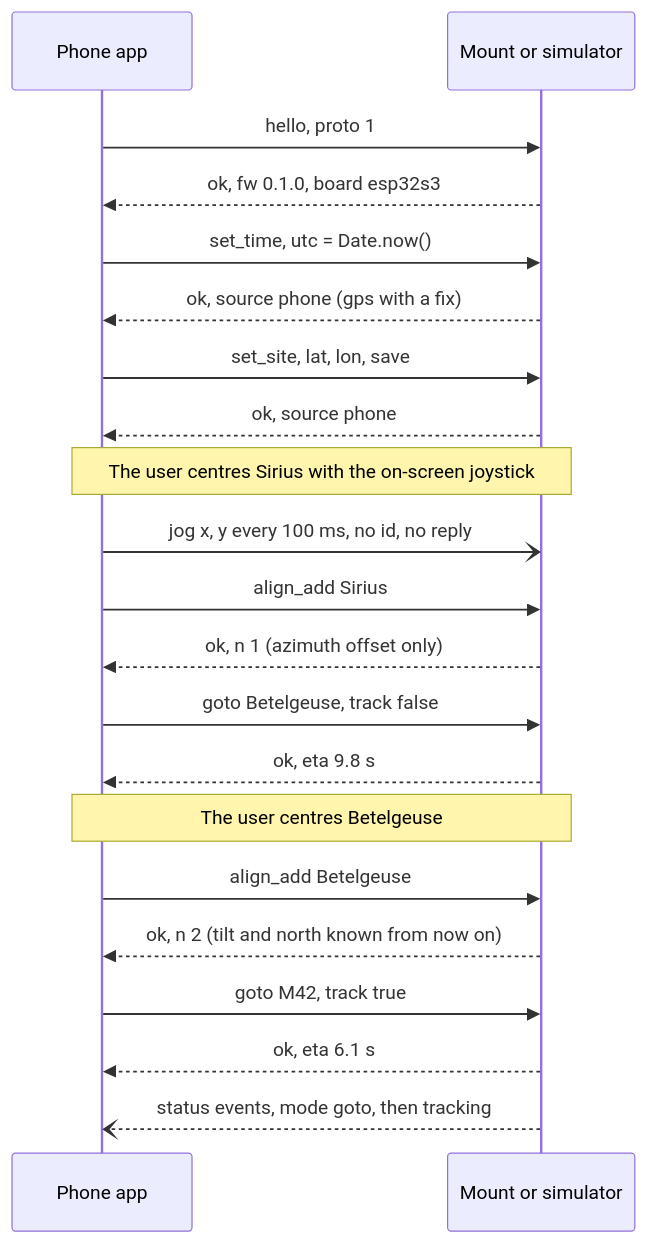
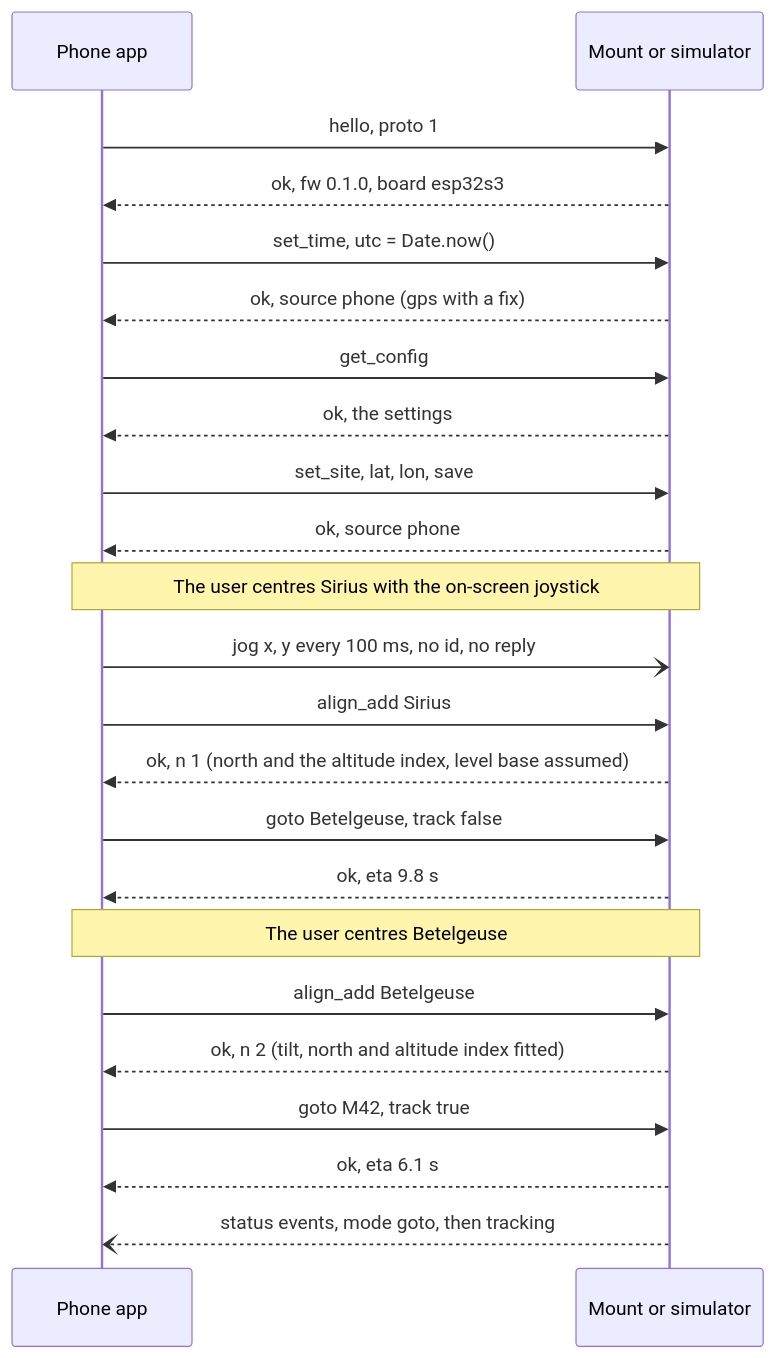
Before and after one commit to valentinp72/star-track: the fourth of 4 diagrams in docs/protocol.md, drawn with Mermaid. The commit also changed other lines of this file, not shown here.

````diff
--- a/docs/protocol.md
+++ b/docs/protocol.md
@@ -566,23 +567,25 @@
 ```mermaid
 sequenceDiagram
   participant A as Phone app
   participant M as Mount or simulator
   A->>M: hello, proto 1
   M-->>A: ok, fw 0.1.0, board esp32s3
   A->>M: set_time, utc = Date.now()
   M-->>A: ok, source phone (gps with a fix)
+  A->>M: get_config
+  M-->>A: ok, the settings
   A->>M: set_site, lat, lon, save
   M-->>A: ok, source phone
   Note over A,M: The user centres Sirius with the on-screen joystick
   A-)M: jog x, y every 100 ms, no id, no reply
   A->>M: align_add Sirius
-  M-->>A: ok, n 1 (azimuth offset only)
+  M-->>A: ok, n 1 (north and the altitude index, level base assumed)
   A->>M: goto Betelgeuse, track false
   M-->>A: ok, eta 9.8 s
   Note over A,M: The user centres Betelgeuse
   A->>M: align_add Betelgeuse
-  M-->>A: ok, n 2 (tilt and north known from now on)
+  M-->>A: ok, n 2 (tilt, north and altitude index fitted)
   A->>M: goto M42, track true
   M-->>A: ok, eta 6.1 s
   M--)A: status events, mode goto, then tracking
 ```
````
